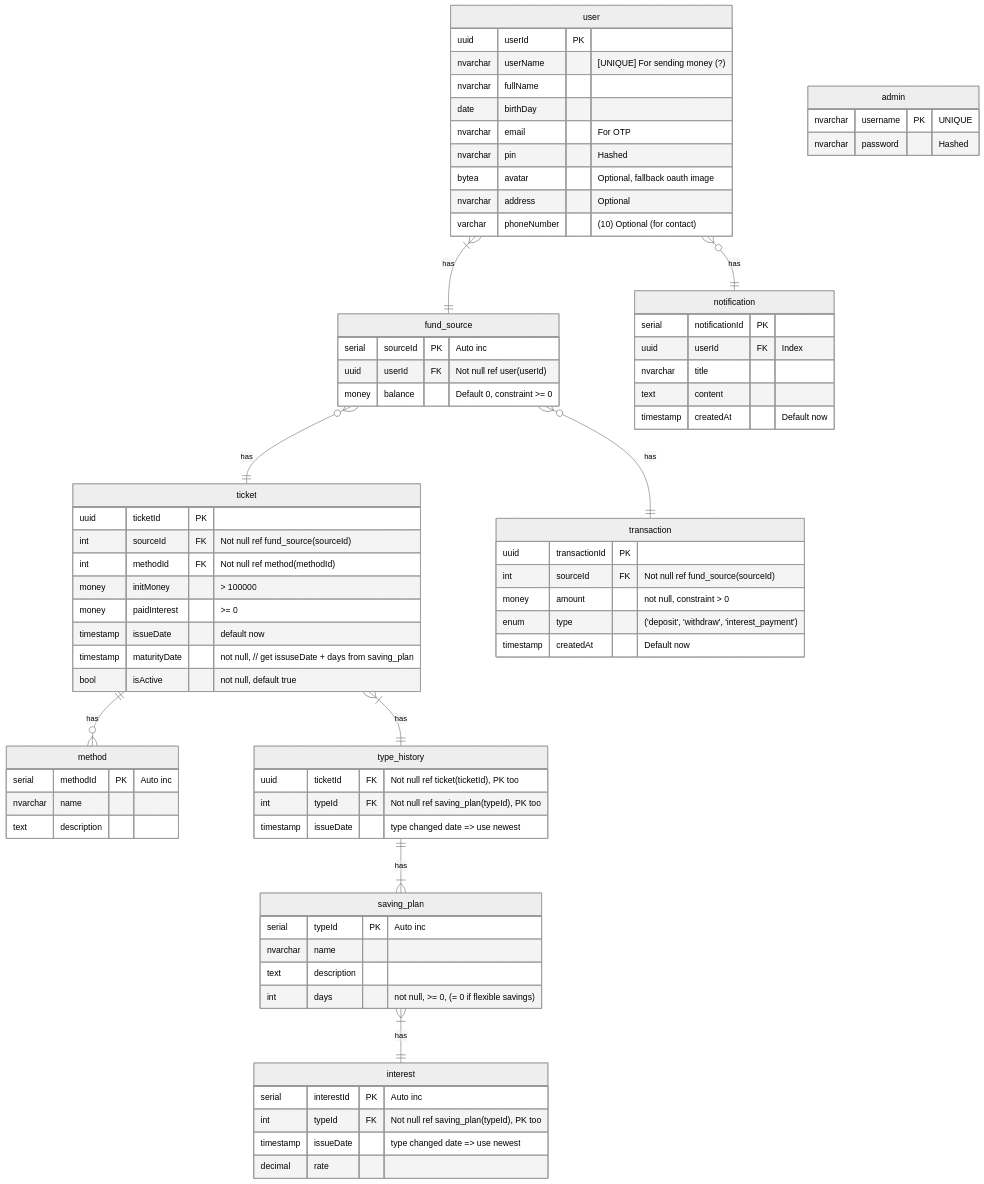
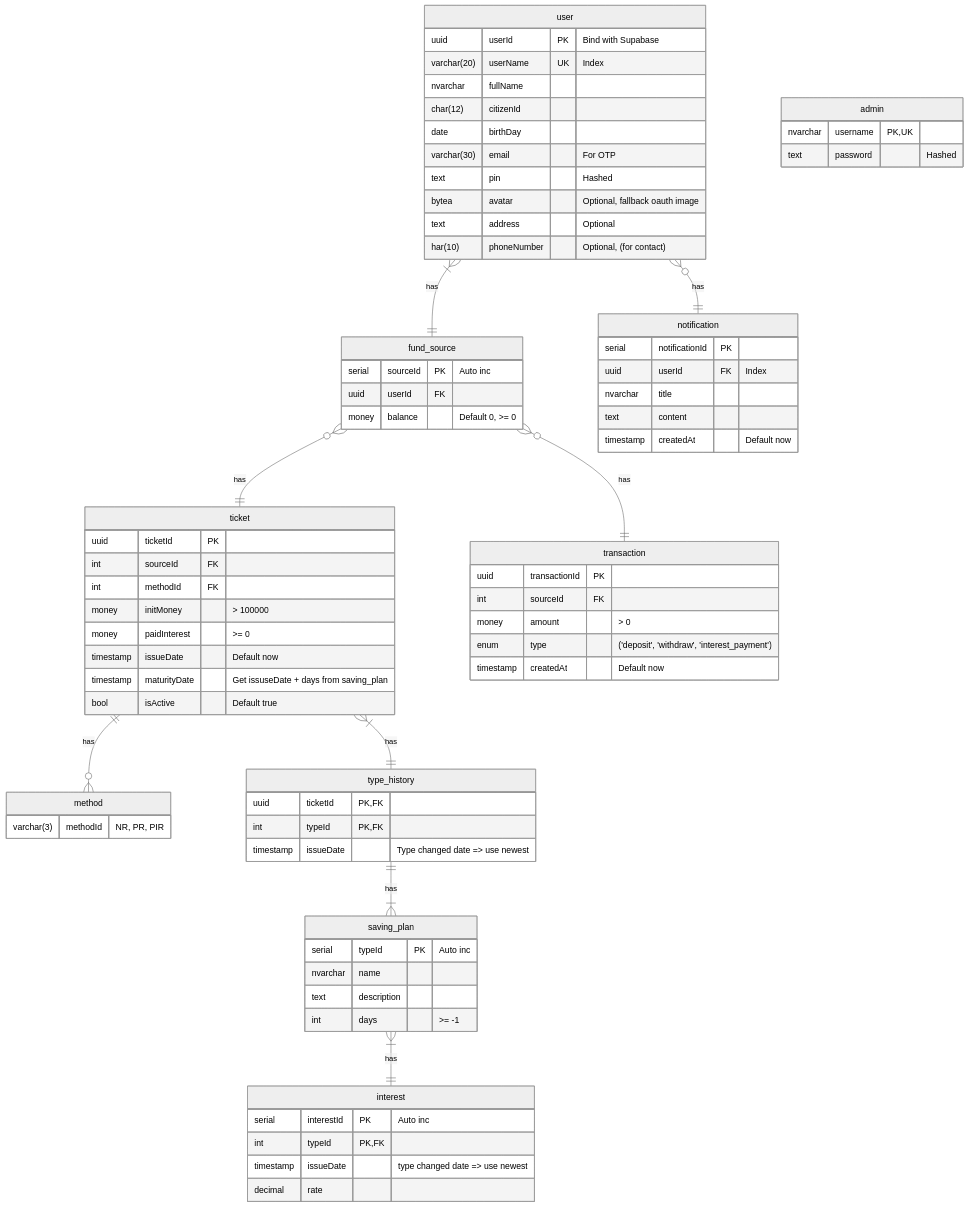
One commit to coinhub-uit/.github changed the first of 2 diagrams in profile/README.md. Above: the diagram before and after it, drawn with Mermaid (neutral theme). The commit also changed other lines of this file, not shown here.

Commit message:
chore(save): Herp derp I left the debug in there and forgot to reset errors.

````diff
--- a/profile/README.md
+++ b/profile/README.md
@@ -15,66 +24,69 @@
 ```mermaid
 erDiagram
   user {
-    uuid userId PK
-    nvarchar userName  "[UNIQUE] For sending money (?)"
+    uuid userId PK "Bind with Supabase"
+    varchar(20) userName UK "Index"
     nvarchar fullName
+    char(12) citizenId
     date birthDay
-    nvarchar email "For OTP"
-    nvarchar pin "Hashed"
+    varchar(30) email "For OTP"
+    text pin "Hashed"
     bytea avatar "Optional, fallback oauth image"
-    nvarchar address "Optional"
-    varchar phoneNumber "(10) Optional (for contact)"
+    text address "Optional"
+    har(10) phoneNumber "Optional, (for contact)"
   }
 
   fund_source {
     serial sourceId PK "Auto inc"
-    uuid userId FK "Not null ref user(userId)"
-    money balance "Default 0, constraint >= 0"
+    uuid userId FK
+    money balance "Default 0, >= 0"
   }
 
+  %% How to handle these cases in backend?
   method {
-    serial methodId PK "Auto inc"
-    nvarchar name
-    text description
+    %% Non-renewal, principal rollover, principal & interest rollover
+    varchar(3) methodId "NR, PR, PIR"
   }
-
 
   interest {
     serial interestId PK "Auto inc"
-    int typeId FK "Not null ref saving_plan(typeId), PK too"
+    %% what PK too?
+    int typeId PK,FK
+    %% why modify?
     timestamp issueDate "type changed date => use newest"
     decimal rate
   }
 
   ticket {
     uuid ticketId PK
-    int sourceId FK "Not null ref fund_source(sourceId)"
-    int methodId FK "Not null ref method(methodId)"
+    int sourceId FK
+    int methodId FK
+    %% So what if I changed and there're other ... already, will be failed
     money initMoney "> 100000"
     money paidInterest ">= 0"
-    timestamp issueDate "default now"
-    timestamp maturityDate "not null, // get issuseDate + days from saving_plan"
-    bool isActive "not null, default true"
+    timestamp issueDate "Default now"
+    timestamp maturityDate "Get issuseDate + days from saving_plan"
+    bool isActive "Default true"
   }
 
   type_history{
-    uuid ticketId FK "Not null ref ticket(ticketId), PK too"
-    int typeId FK "Not null ref saving_plan(typeId), PK too"
-    timestamp issueDate "type changed date => use newest"
+    uuid ticketId PK,FK
+    int typeId PK,FK
+    %% TODO: Like above
+    timestamp issueDate "Type changed date => use newest"
   }
 
   saving_plan{
     serial typeId PK "Auto inc"
     nvarchar name
     text description
-    int days "not null, >= 0, (= 0 if flexible savings)"
+    int days ">= -1"
   }
-
 
   transaction {
     uuid transactionId PK
-    int sourceId FK "Not null ref fund_source(sourceId)"
-    money amount "not null, constraint > 0"
+    int sourceId FK
+    money amount "> 0"
     enum type "('deposit', 'withdraw', 'interest_payment')"
     timestamp createdAt "Default now"
   }
@@ -88,8 +100,8 @@
   }
 
   admin {
-    nvarchar username PK "UNIQUE"
-    nvarchar password "Hashed"
+    nvarchar username PK,UK
+    text password "Hashed"
   }
 
   fund_source }o--|| transaction : has
````
